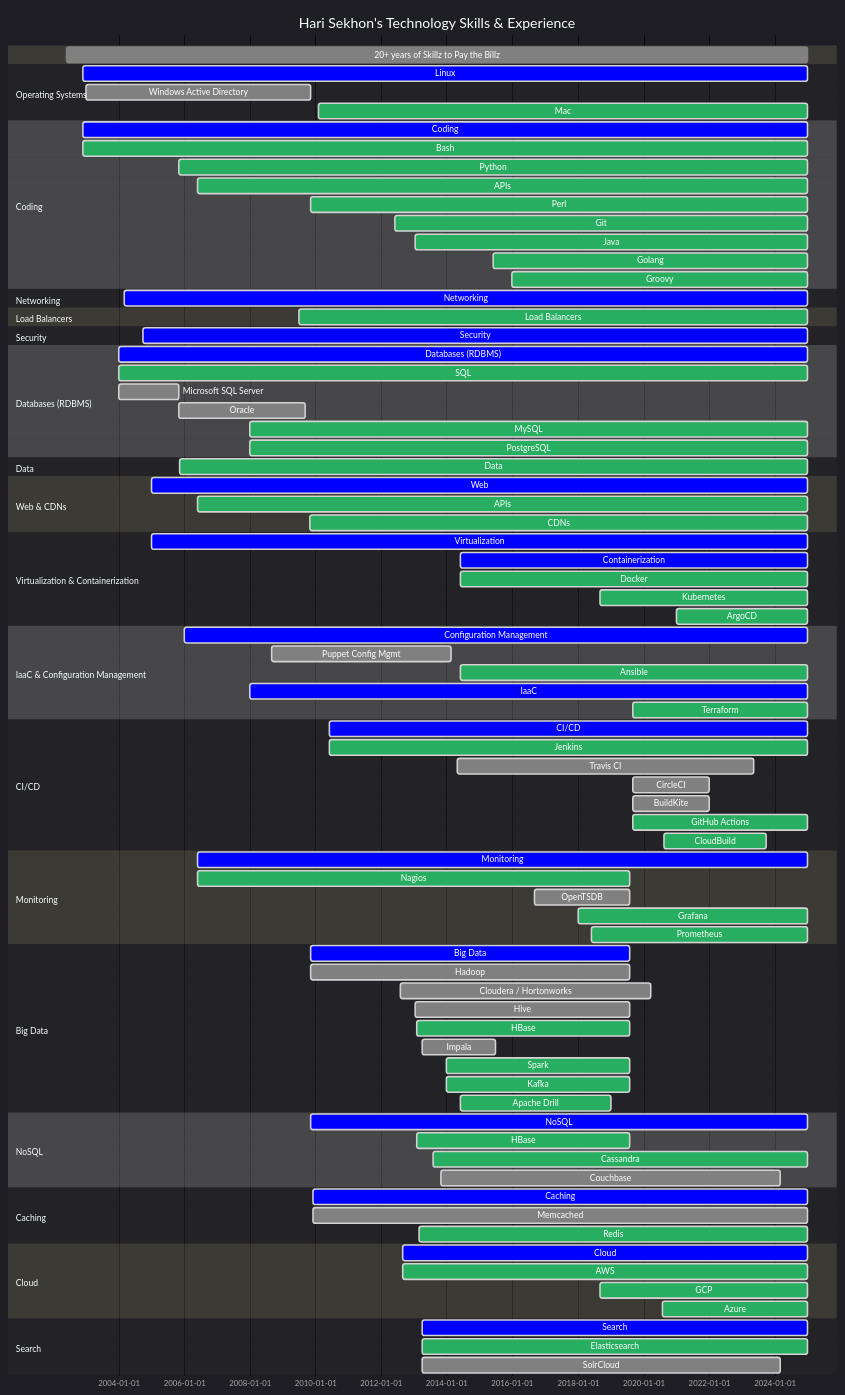
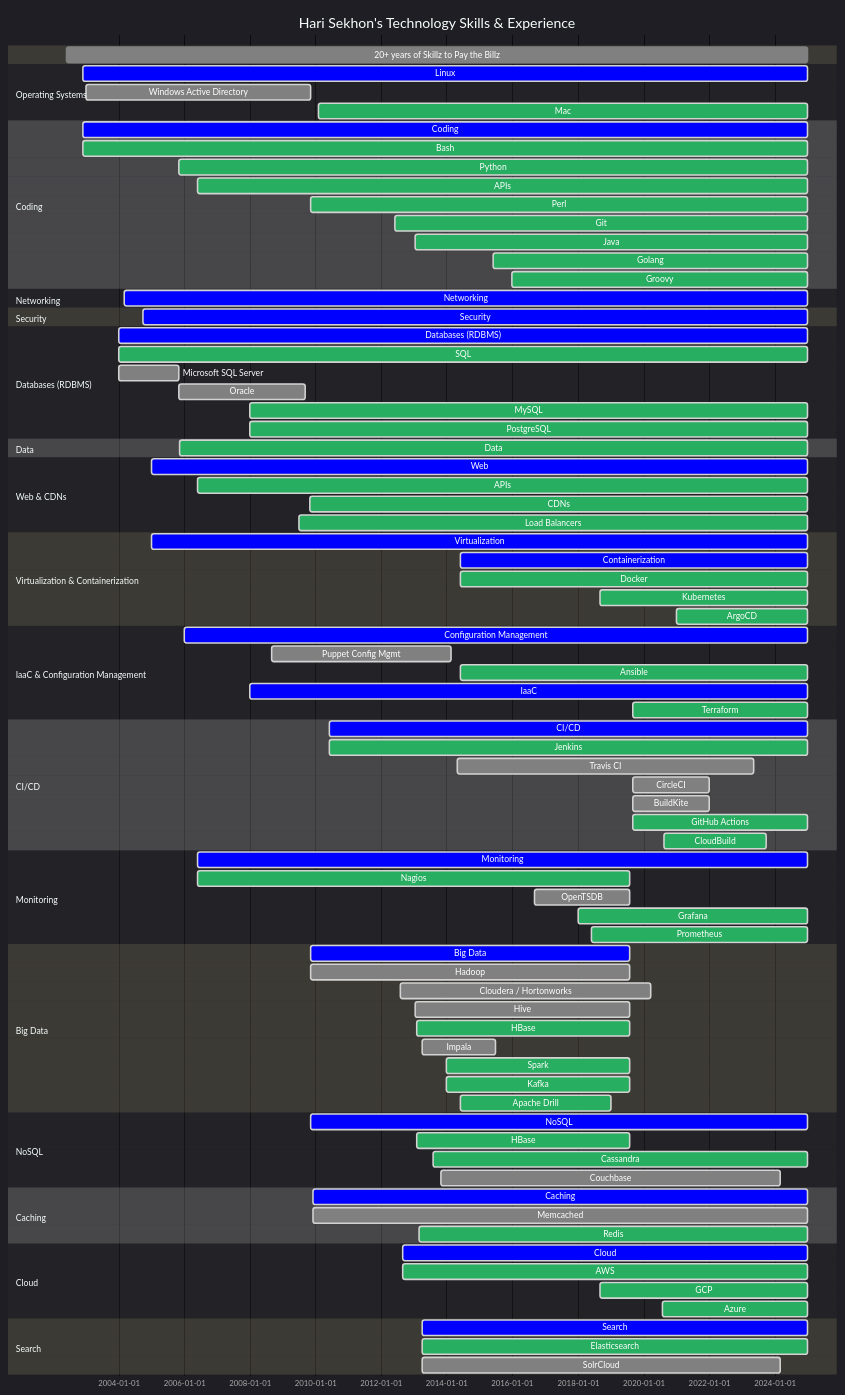
Before and after one commit to HariSekhon/HariSekhon: the diagram in README.md, drawn with Mermaid.

```diff
--- a/README.md
+++ b/README.md
@@ -357,13 +357,6 @@
     %%Netgear                : done, 2005-01-01, 2012-12-31
 
     section Load Balancers
-    Load Balancers         : active, 2009-07-01, 2024-12-31
-    %%LVS                    : done, 2009-01-01, 2009-11-11
-    %%Foundry - ServerIron XL / 4G : done, 2009-10-13, 2011-11-31
-    %%F5 BigIP               : done, 2010-06-01, 2013-01-18
-    %%HAProxy                : active, 2018-04-01, 2024-12-31
-    %%Kong                   : active, 2023-03-01, 2024-12-31
-    %%Traefik                : active, 2023-03-01, 2024-12-31
 
     section Security
     Security               : crit, 2004-10-01, 2024-12-31
@@ -390,6 +383,14 @@
     %%UlraDNS                : done, 2009-11-01, 2012-06-31
     %%Cotendo                : done, 2012-06-01, 2013-01-13
     %%Cloudflare             : active, 2020-08-20, 2024-12-31
+
+    Load Balancers         : active, 2009-07-01, 2024-12-31
+    %%LVS                    : done, 2009-01-01, 2009-11-11
+    %%Foundry - ServerIron XL / 4G : done, 2009-10-13, 2011-11-31
+    %%F5 BigIP               : done, 2010-06-01, 2013-01-18
+    %%HAProxy                : active, 2018-04-01, 2024-12-31
+    %%Kong                   : active, 2023-03-01, 2024-12-31
+    %%Traefik                : active, 2023-03-01, 2024-12-31
 
     section Virtualization & Containerization
     Virtualization         : crit, 2005-01-01, 2024-12-31
```
